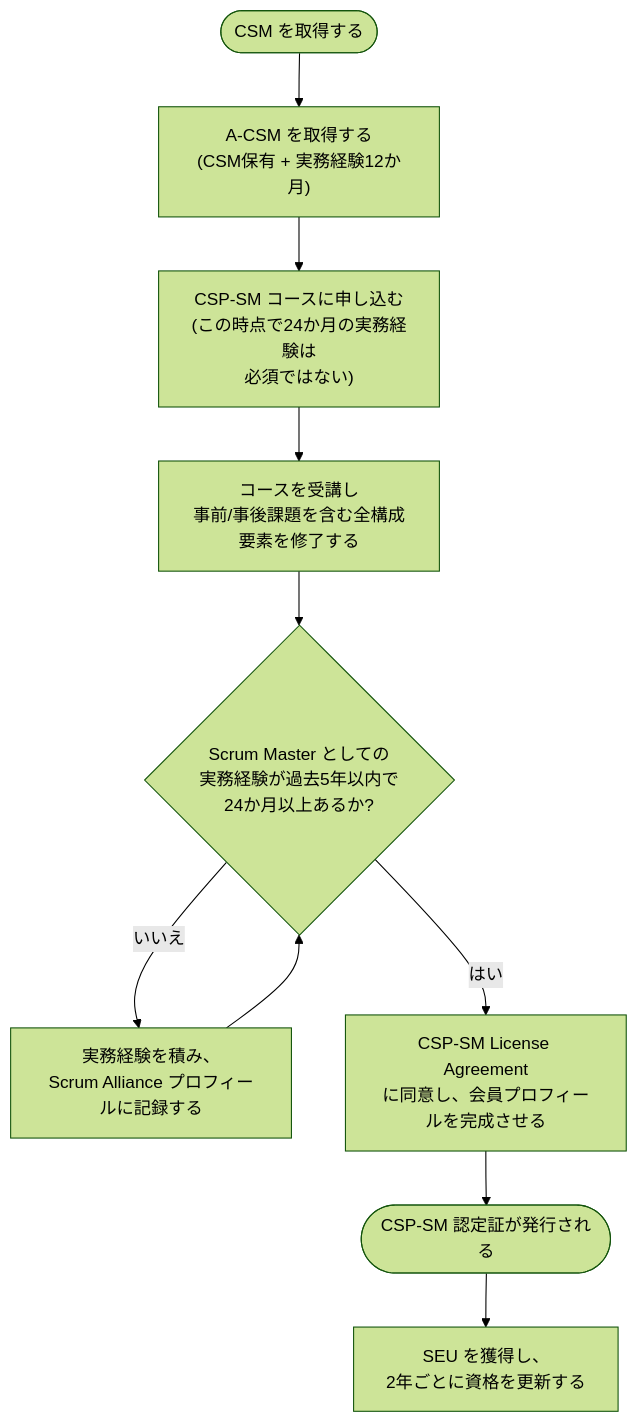
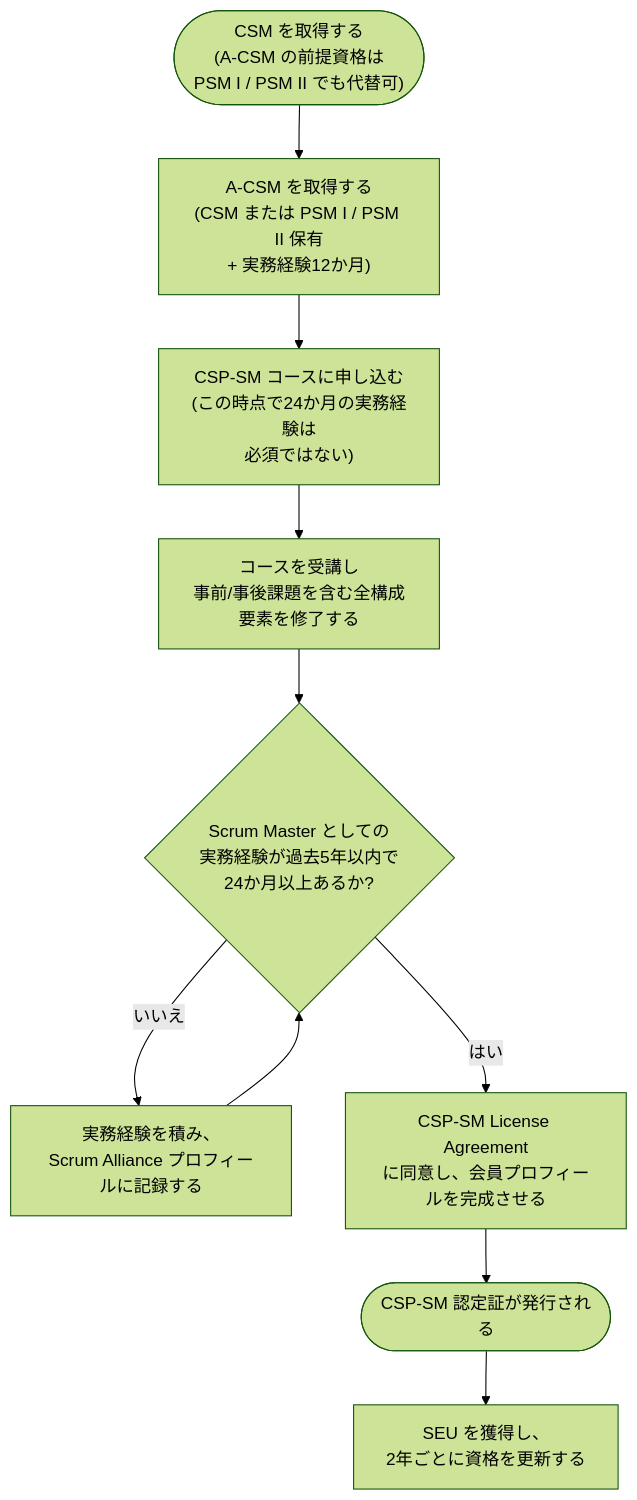
The second of 15 diagrams in Csp-sm-certified-scrum-professional-scrummaster-study-guide.md (myoshi2891/Management-Team-Building-Studies), drawn with Mermaid (forest theme) before and after one commit. The commit also changed other lines of this file, not shown here.

Commit message:
docs(csp-sm): clarify A-CSM prerequisites and CTC/CEC application status

````diff
--- a/Csp-sm-certified-scrum-professional-scrummaster-study-guide.md
+++ b/Csp-sm-certified-scrum-professional-scrummaster-study-guide.md
@@ -107,12 +107,12 @@
 ```mermaid
 flowchart TD
-    Start(["CSM を取得する"]) --> ACSM["A-CSM を取得する<br/>(CSM保有 + 実務経験12か月)"]
+    Start(["CSM を取得する<br/>(A-CSM の前提資格は<br/>PSM I / PSM II でも代替可)"]) --> ACSM["A-CSM を取得する<br/>(CSM または PSM I / PSM II 保有<br/>+ 実務経験12か月)"]
     ACSM --> Enroll["CSP-SM コースに申し込む<br/>(この時点で24か月の実務経験は<br/>必須ではない)"]
     Enroll --> Course["コースを受講し<br/>事前/事後課題を含む全構成要素を修了する"]
     Course --> Exp{"Scrum Master としての<br/>実務経験が過去5年以内で<br/>24か月以上あるか?"}
     Exp -- いいえ --> Wait["実務経験を積み、<br/>Scrum Alliance プロフィールに記録する"]
     Wait --> Exp
     Exp -- はい --> License["CSP-SM License Agreement<br/>に同意し、会員プロフィールを完成させる"]
     License --> Cert(["CSP-SM 認定証が発行される"])
     Cert --> Maintain["SEU を獲得し、<br/>2年ごとに資格を更新する"]
 ```
````
